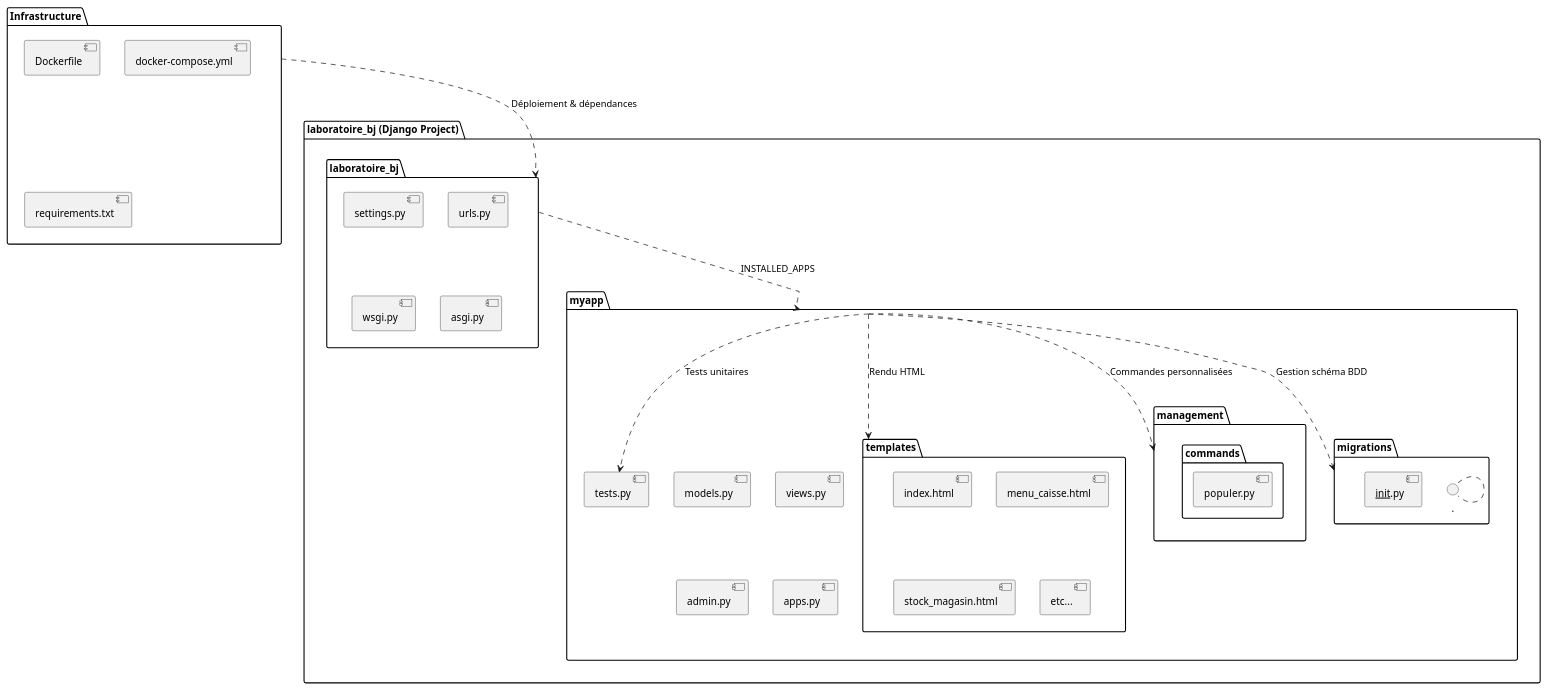
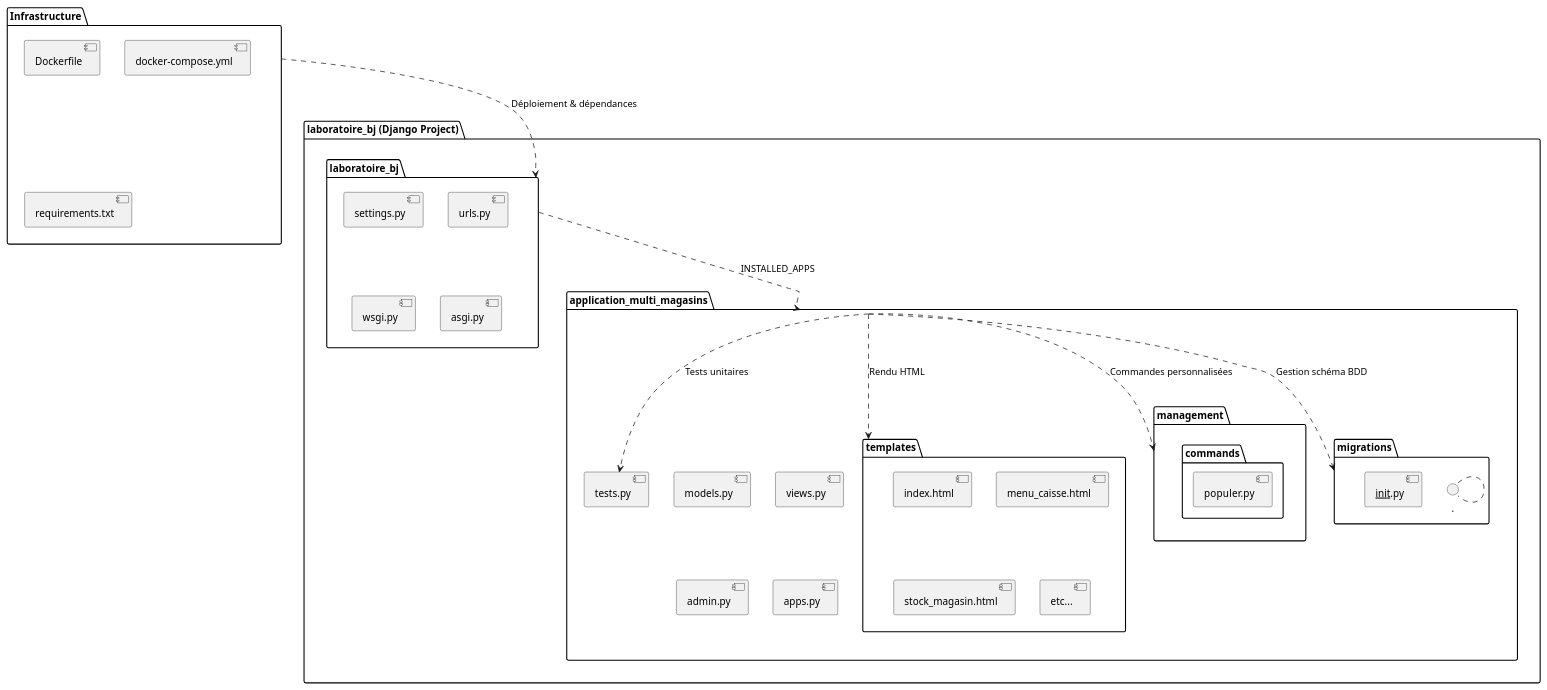
Before and after one commit to BryanJoyaETS/LOG430-Lab0_BryanJoyaETS: the diagram in docs/Laboratoire2/UML/implementation-view.puml, drawn with PlantUML. The commit also changed 41 other files, not shown here.

```diff
--- a/docs/Laboratoire2/UML/implementation-view.puml
+++ b/docs/Laboratoire2/UML/implementation-view.puml
@@ -1,46 +1,46 @@
 @startuml
 package "laboratoire_bj (Django Project)" {
     package "laboratoire_bj" {
         [settings.py]
         [urls.py]
         [wsgi.py]
         [asgi.py]
     }
-    package "myapp" {
+    package "application_multi_magasins" {
         [models.py]
         [views.py]
         [admin.py]
         [apps.py]
         [tests.py]
         package "templates" {
             [index.html]
             [menu_caisse.html]
             [stock_magasin.html]
             [etc...]
         }
         package "management" {
             package "commands" {
                 [populer.py]
             }
         }
         package "migrations" {
             [__init__.py]
             ...
         }
     }
 }
 
 package "Infrastructure" {
     [Dockerfile]
     [docker-compose.yml]
     [requirements.txt]
 }
 
-[laboratoire_bj] ..> [myapp] : "INSTALLED_APPS"
-[myapp] ..> [templates] : "Rendu HTML"
-[myapp] ..> [management] : "Commandes personnalisées"
-[myapp] ..> [migrations] : "Gestion schéma BDD"
-[myapp] ..> [tests.py] : "Tests unitaires"
+[laboratoire_bj] ..> [application_multi_magasins] : "INSTALLED_APPS"
+[application_multi_magasins] ..> [templates] : "Rendu HTML"
+[application_multi_magasins] ..> [management] : "Commandes personnalisées"
+[application_multi_magasins] ..> [migrations] : "Gestion schéma BDD"
+[application_multi_magasins] ..> [tests.py] : "Tests unitaires"
 [Infrastructure] ..> [laboratoire_bj] : "Déploiement & dépendances"
 
 @enduml
```
